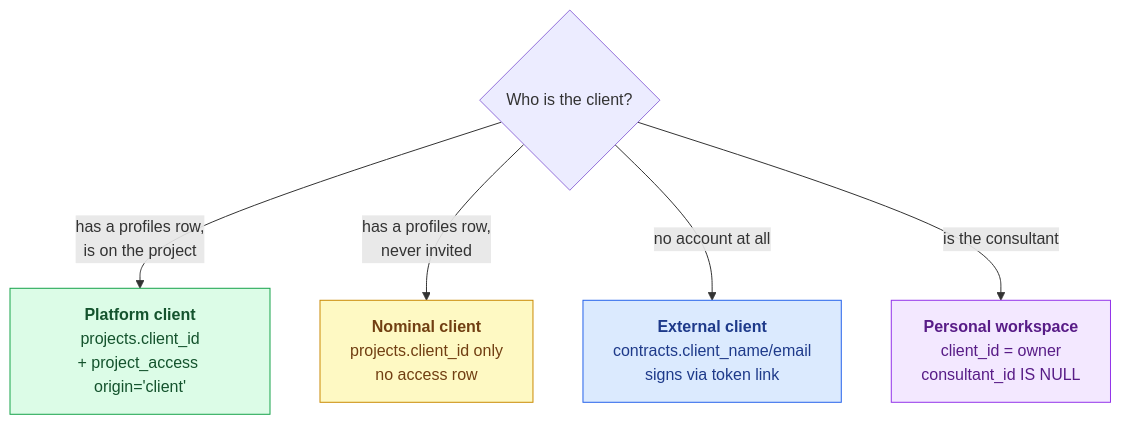
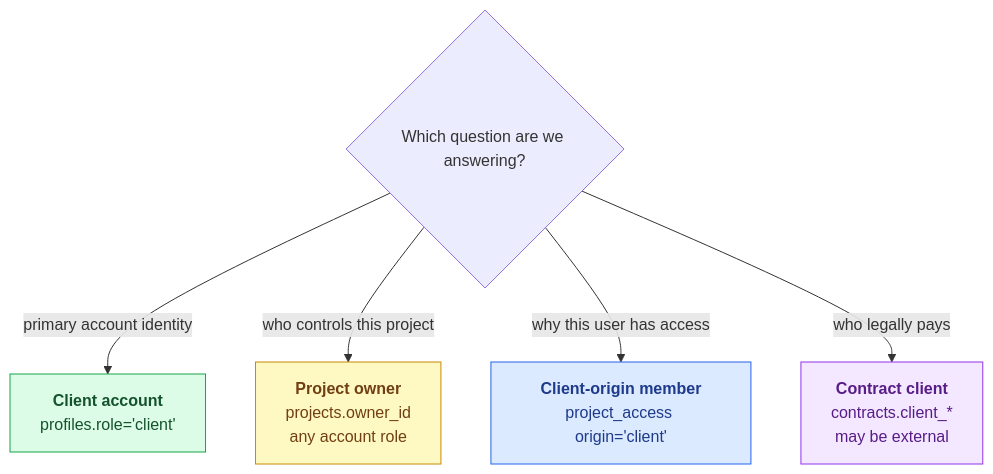
Before and after one commit to DavidBatoDev/proyekto: the first of 2 diagrams in docs/11-domains/clients/client-structure.md, drawn with Mermaid. The commit also changed other lines of this file and 51 other files, not shown here.

Commit message:
refactor: rename project client to owner

````diff
--- a/docs/11-domains/clients/client-structure.md
+++ b/docs/11-domains/clients/client-structure.md
@@ -14,13 +14,13 @@
 ```mermaid
 flowchart TD
-    Q{Who is the client?}
-    Q -->|has a profiles row,<br/>is on the project| A["<b>Platform client</b><br/>projects.client_id<br/>+ project_access origin='client'"]
-    Q -->|has a profiles row,<br/>never invited| B["<b>Nominal client</b><br/>projects.client_id only<br/>no access row"]
-    Q -->|no account at all| C["<b>External client</b><br/>contracts.client_name/email<br/>signs via token link"]
-    Q -->|is the consultant| D["<b>Personal workspace</b><br/>client_id = owner<br/>consultant_id IS NULL"]
+    Q{Which question are we answering?}
+    Q -->|primary account identity| A["<b>Client account</b><br/>profiles.role='client'"]
+    Q -->|who controls this project| B["<b>Project owner</b><br/>projects.owner_id<br/>any account role"]
+    Q -->|why this user has access| C["<b>Client-origin member</b><br/>project_access origin='client'"]
+    Q -->|who legally pays| D["<b>Contract client</b><br/>contracts.client_*<br/>may be external"]
 
     style A fill:#dcfce7,stroke:#16a34a,color:#14532d
     style B fill:#fef9c3,stroke:#ca8a04,color:#713f12
     style C fill:#dbeafe,stroke:#2563eb,color:#1e3a8a
     style D fill:#f3e8ff,stroke:#9333ea,color:#581c87
 ```
````
